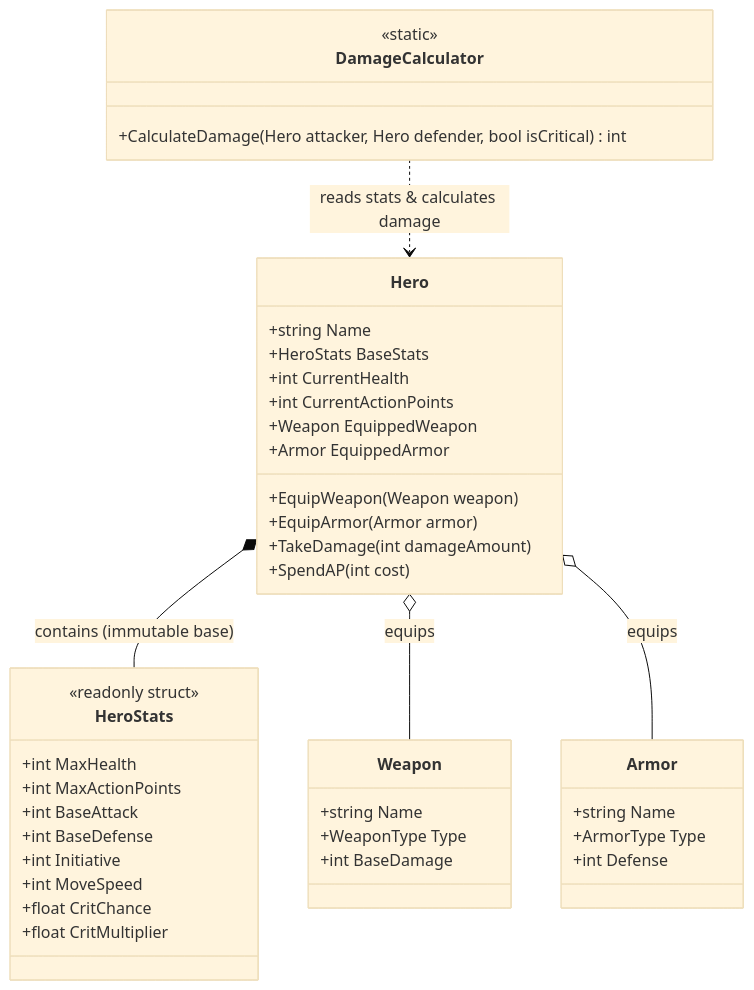
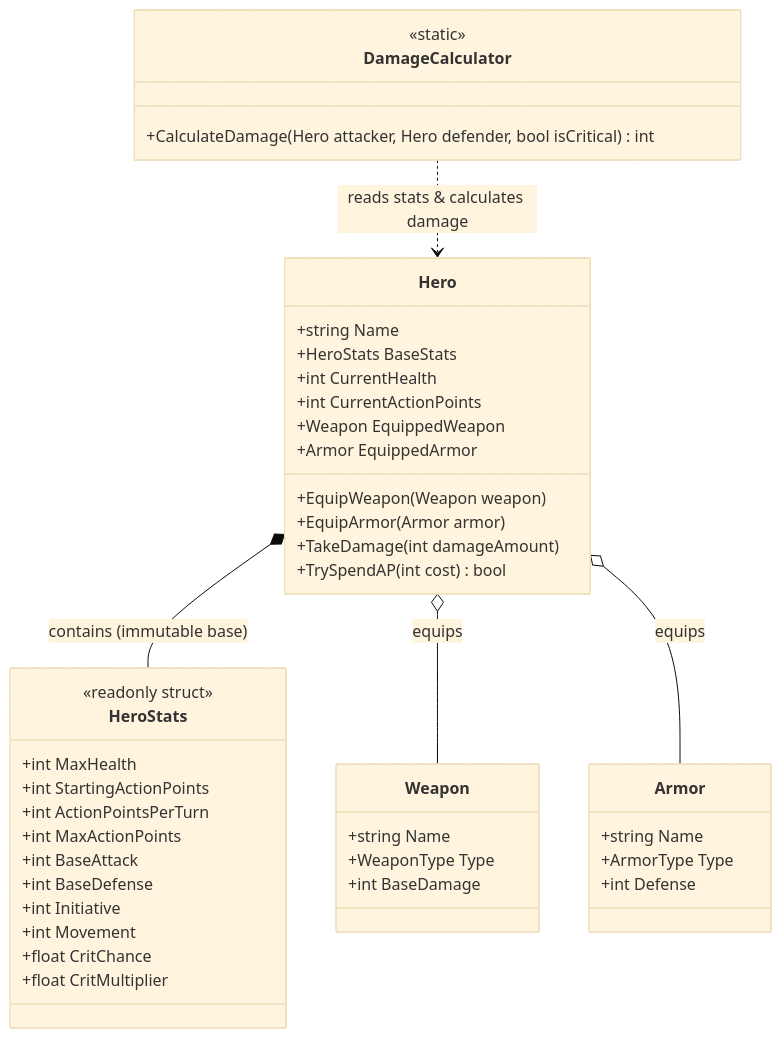
Before and after one commit to Barbagidon/FantasyRPG: the diagram in docs/domain_model.md, drawn with Mermaid (base theme). The commit also changed other lines of this file and 6 other files, not shown here.

First line of the commit message:
Record ADR-0002 (AP economy and movement cost) and sync affected docs

````diff
--- a/docs/domain_model.md
+++ b/docs/domain_model.md
@@ -18,50 +25,52 @@
 ```mermaid
 classDiagram
     direction TB
     class DamageCalculator {
         <<static>>
         +CalculateDamage(Hero attacker, Hero defender, bool isCritical) int
     }
 
     class Hero {
         +string Name
         +HeroStats BaseStats
         +int CurrentHealth
         +int CurrentActionPoints
         +Weapon EquippedWeapon
         +Armor EquippedArmor
         +EquipWeapon(Weapon weapon)
         +EquipArmor(Armor armor)
         +TakeDamage(int damageAmount)
-        +SpendAP(int cost)
+        +TrySpendAP(int cost) bool
     }
 
     class HeroStats {
         <<readonly struct>>
         +int MaxHealth
+        +int StartingActionPoints
+        +int ActionPointsPerTurn
         +int MaxActionPoints
         +int BaseAttack
         +int BaseDefense
         +int Initiative
-        +int MoveSpeed
+        +int Movement
         +float CritChance
         +float CritMultiplier
     }
 
     class Weapon {
         +string Name
         +WeaponType Type
         +int BaseDamage
     }
 
     class Armor {
         +string Name
         +ArmorType Type
         +int Defense
     }
 
     Hero *-- HeroStats : contains (immutable base)
     Hero o-- Weapon : equips
     Hero o-- Armor : equips
     DamageCalculator ..> Hero : reads stats & calculates damage
 ```
````
